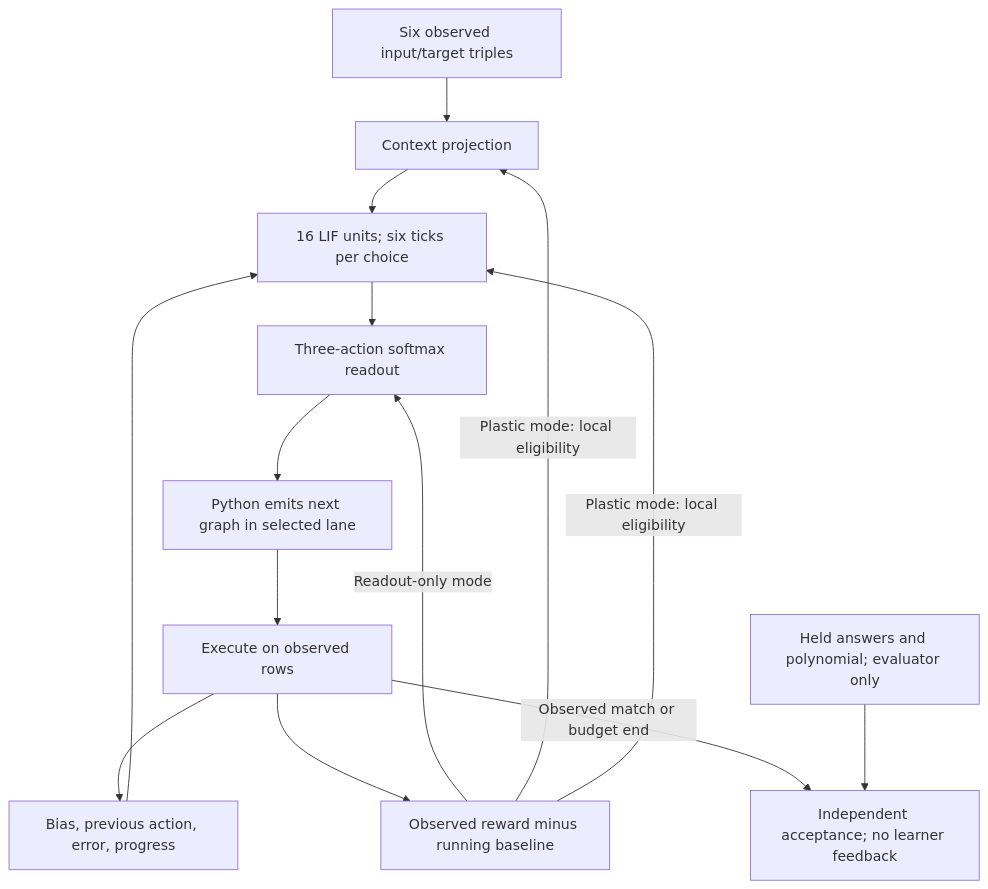
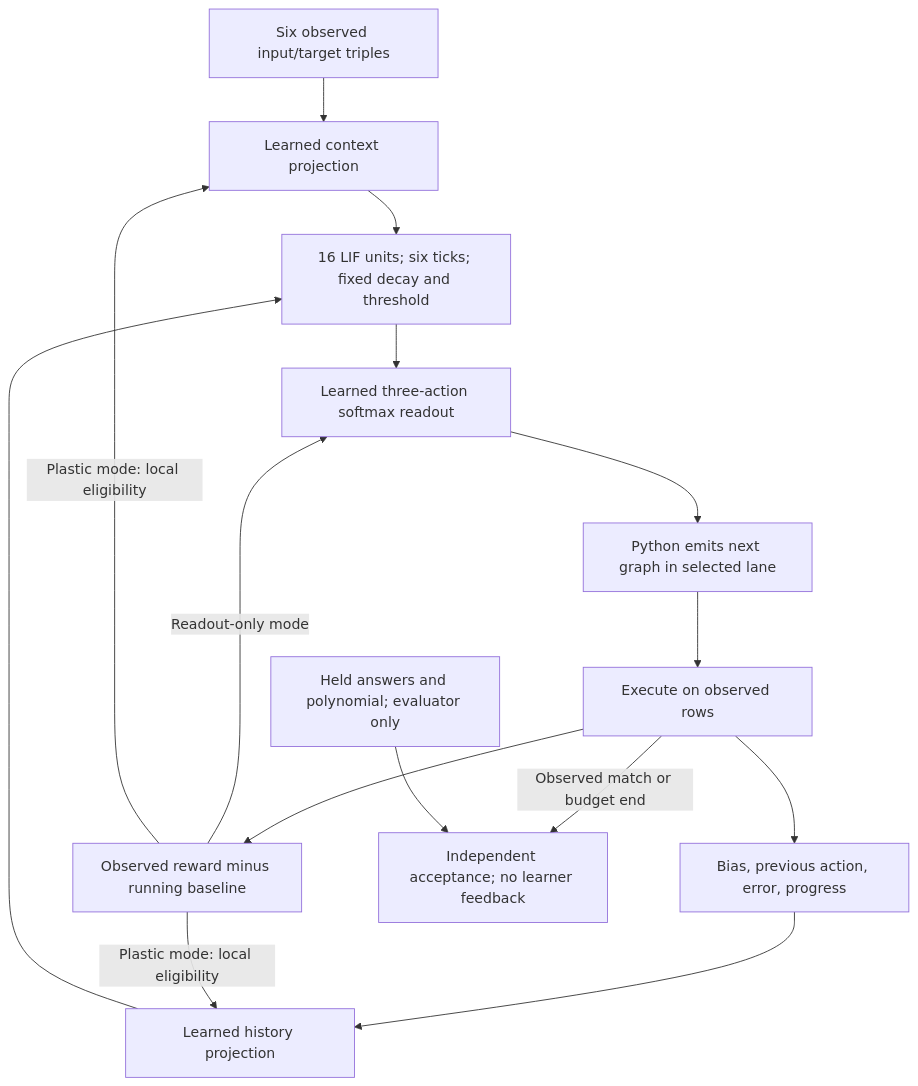
One commit to Capsize-Games/rsi-programmer changed the sixth of 6 diagrams in architecture.md. Above: the diagram before and after it, drawn with Mermaid. The commit also changed other lines of this file and 31 other files, not shown here.

````diff
--- a/architecture.md
+++ b/architecture.md
@@ -1244,17 +1246,18 @@
 ```mermaid
 flowchart TD
-    OBS["Six observed input/target triples"] --> CONTEXT["Context projection"]
-    HISTORY["Bias, previous action, error, progress"] --> ENCODER
-    CONTEXT --> ENCODER["16 LIF units; six ticks per choice"]
-    ENCODER --> HEAD["Three-action softmax readout"]
+    OBS["Six observed input/target triples"] --> CONTEXT["Learned context projection"]
+    HISTORY["Bias, previous action, error, progress"] --> ENCODER["Learned history projection"]
+    CONTEXT --> SPIKES["16 LIF units; six ticks; fixed decay and threshold"]
+    ENCODER --> SPIKES
+    SPIKES --> HEAD["Learned three-action softmax readout"]
     HEAD --> HOST["Python emits next graph in selected lane"]
     HOST --> EXEC["Execute on observed rows"]
     EXEC --> HISTORY
     EXEC --> CREDIT["Observed reward minus running baseline"]
     CREDIT -->|"Readout-only mode"| HEAD
     CREDIT -->|"Plastic mode: local eligibility"| CONTEXT
     CREDIT -->|"Plastic mode: local eligibility"| ENCODER
     EXEC -->|"Observed match or budget end"| CHECK
     HELD["Held answers and polynomial; evaluator only"] --> CHECK
     CHECK["Independent acceptance; no learner feedback"]
 ```
````
